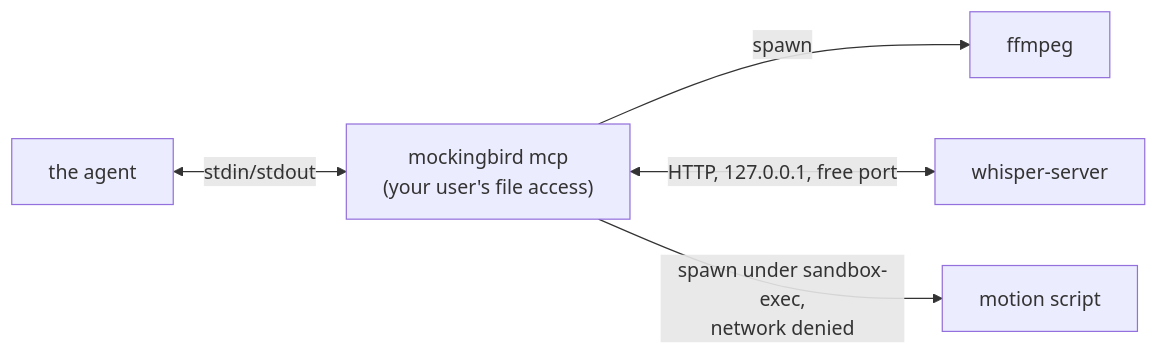
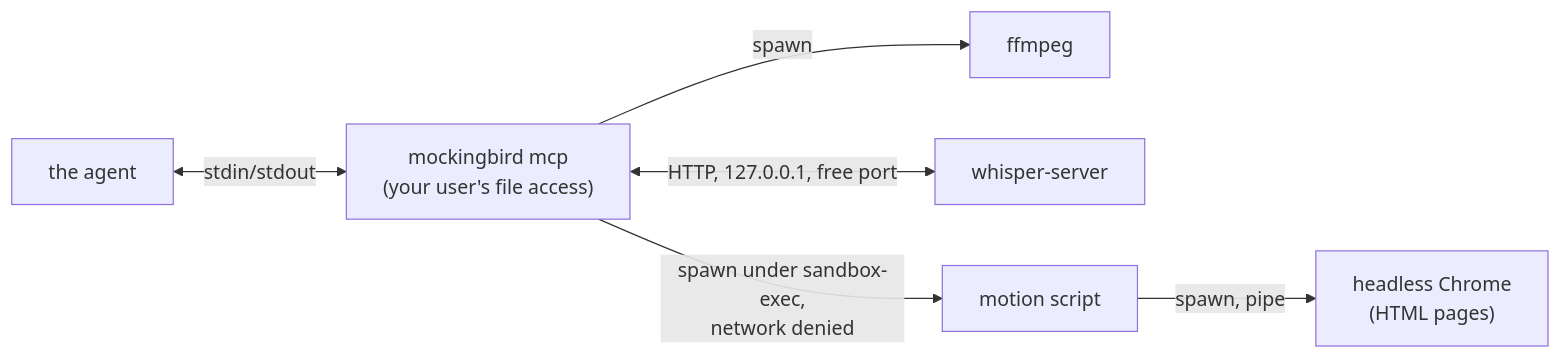
Before and after one commit to NirjharBhattacharjee/mockingbird: the diagram in docs/SECURITY_PRIVACY.md, drawn with Mermaid. The commit also changed other lines of this file and 13 other files, not shown here.

First line of the commit message:
motion: render an HTML page in a pinned headless Chrome (#147)

````diff
--- a/docs/SECURITY_PRIVACY.md
+++ b/docs/SECURITY_PRIVACY.md
@@ -110,7 +112,8 @@
 ```mermaid
 flowchart LR
     AG["the agent"] <-->|stdin/stdout| MCP["mockingbird mcp\n(your user's file access)"]
     MCP -->|spawn| FF["ffmpeg"]
     MCP <-->|HTTP, 127.0.0.1, free port| WS["whisper-server"]
     MCP -->|spawn under sandbox-exec,\nnetwork denied| MS["motion script"]
+    MS -->|spawn, pipe| CH["headless Chrome\n(HTML pages)"]
 ```
````
